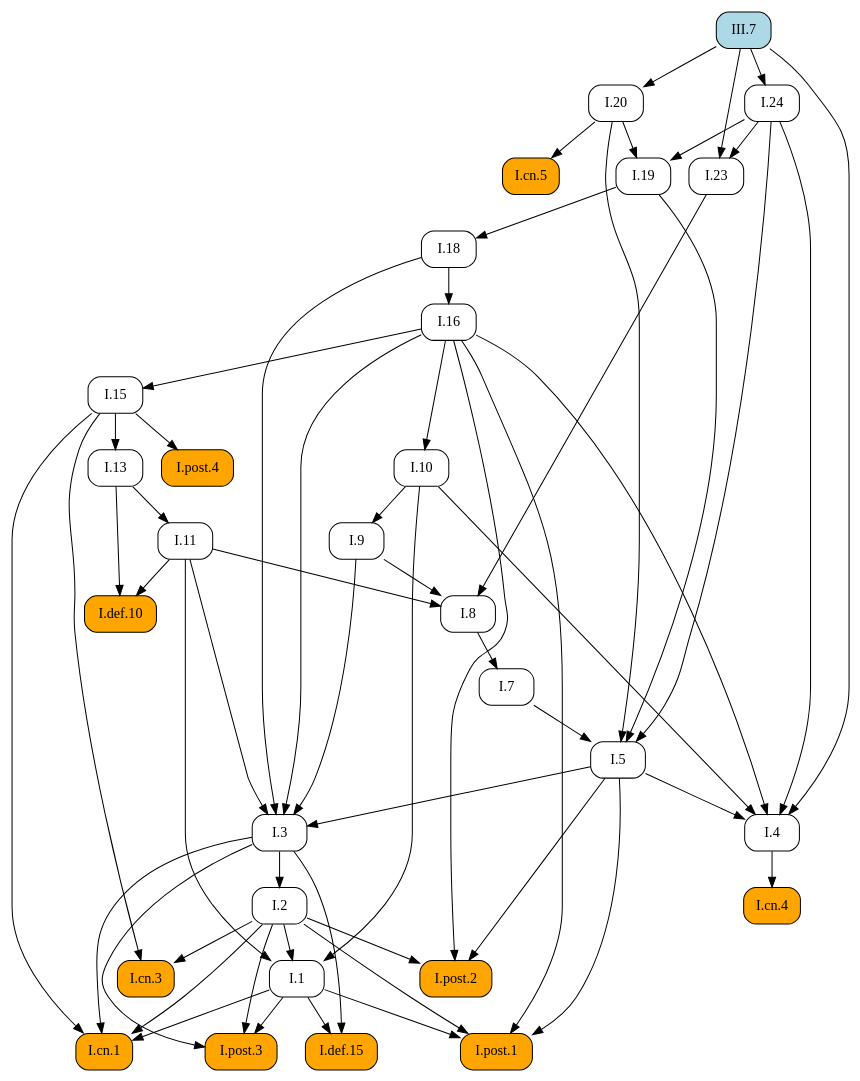
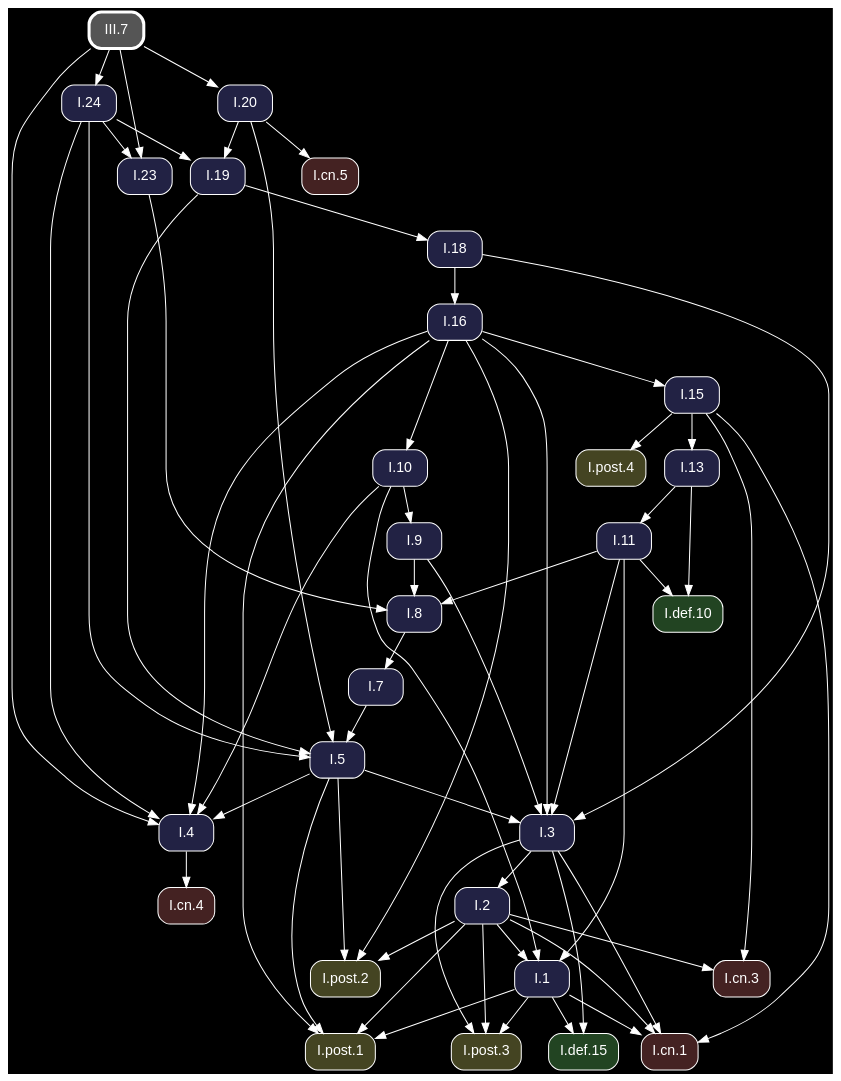
The diagram in docsrc/heath/III/7/index.rst (geometor/elements), drawn with Graphviz before and after one commit. The commit also changed other lines of this file and 1200 other files, not shown here.

Commit message:
update dependency graphs

```diff
--- a/docsrc/heath/III/7/index.rst
+++ b/docsrc/heath/III/7/index.rst
@@ -121,93 +121,95 @@
 .. graphviz::
 
    digraph {
+     bgcolor="black";
+     node [shape=box, style="rounded,filled", fontname="Helvetica", color="white", fontcolor="white"];
+     edge [color="white", fontcolor="white"];
      rankdir="TB";
-     node [shape=box, style=rounded];
-     "I.23" [URL="/heath/I/23/", target="_top"];
-     "I.9" [URL="/heath/I/9/", target="_top"];
-     "I.cn.1" [style="rounded,filled", fillcolor=orange, URL="/heath/I/cn.1/", target="_top"];
-     "I.7" [URL="/heath/I/7/", target="_top"];
-     "I.2" [URL="/heath/I/2/", target="_top"];
-     "I.def.15" [style="rounded,filled", fillcolor=orange, URL="/heath/I/def.15/", target="_top"];
-     "I.13" [URL="/heath/I/13/", target="_top"];
-     "I.post.4" [style="rounded,filled", fillcolor=orange, URL="/heath/I/post.4/", target="_top"];
-     "I.4" [URL="/heath/I/4/", target="_top"];
-     "I.1" [URL="/heath/I/1/", target="_top"];
-     "I.post.3" [style="rounded,filled", fillcolor=orange, URL="/heath/I/post.3/", target="_top"];
-     "I.post.1" [style="rounded,filled", fillcolor=orange, URL="/heath/I/post.1/", target="_top"];
-     "I.5" [URL="/heath/I/5/", target="_top"];
-     "I.19" [URL="/heath/I/19/", target="_top"];
-     "I.8" [URL="/heath/I/8/", target="_top"];
-     "III.7" [style="rounded,filled", fillcolor=lightblue, URL="/heath/III/7/", target="_top"];
-     "I.cn.3" [style="rounded,filled", fillcolor=orange, URL="/heath/I/cn.3/", target="_top"];
-     "I.16" [URL="/heath/I/16/", target="_top"];
-     "I.20" [URL="/heath/I/20/", target="_top"];
-     "I.def.10" [style="rounded,filled", fillcolor=orange, URL="/heath/I/def.10/", target="_top"];
-     "I.18" [URL="/heath/I/18/", target="_top"];
-     "I.15" [URL="/heath/I/15/", target="_top"];
-     "I.10" [URL="/heath/I/10/", target="_top"];
-     "I.11" [URL="/heath/I/11/", target="_top"];
-     "I.cn.4" [style="rounded,filled", fillcolor=orange, URL="/heath/I/cn.4/", target="_top"];
-     "I.post.2" [style="rounded,filled", fillcolor=orange, URL="/heath/I/post.2/", target="_top"];
-     "I.24" [URL="/heath/I/24/", target="_top"];
-     "I.cn.5" [style="rounded,filled", fillcolor=orange, URL="/heath/I/cn.5/", target="_top"];
-     "I.3" [URL="/heath/I/3/", target="_top"];
-     "I.24" -> "I.23";
-     "III.7" -> "I.23";
-     "I.10" -> "I.9";
+     "III.7" [penwidth=3, color="white", fillcolor="#555555", URL="/heath/III/7/", target="_top"];
+     "I.3" [fillcolor="#222244", URL="/heath/I/3/", target="_top"];
+     "I.post.1" [fillcolor="#444422", URL="/heath/I/post.1/", target="_top"];
+     "I.cn.1" [fillcolor="#442222", URL="/heath/I/cn.1/", target="_top"];
+     "I.19" [fillcolor="#222244", URL="/heath/I/19/", target="_top"];
+     "I.def.10" [fillcolor="#224422", URL="/heath/I/def.10/", target="_top"];
+     "I.15" [fillcolor="#222244", URL="/heath/I/15/", target="_top"];
+     "I.11" [fillcolor="#222244", URL="/heath/I/11/", target="_top"];
+     "I.16" [fillcolor="#222244", URL="/heath/I/16/", target="_top"];
+     "I.cn.5" [fillcolor="#442222", URL="/heath/I/cn.5/", target="_top"];
+     "I.13" [fillcolor="#222244", URL="/heath/I/13/", target="_top"];
+     "I.cn.3" [fillcolor="#442222", URL="/heath/I/cn.3/", target="_top"];
+     "I.2" [fillcolor="#222244", URL="/heath/I/2/", target="_top"];
+     "I.24" [fillcolor="#222244", URL="/heath/I/24/", target="_top"];
+     "I.post.2" [fillcolor="#444422", URL="/heath/I/post.2/", target="_top"];
+     "I.cn.4" [fillcolor="#442222", URL="/heath/I/cn.4/", target="_top"];
+     "I.9" [fillcolor="#222244", URL="/heath/I/9/", target="_top"];
+     "I.1" [fillcolor="#222244", URL="/heath/I/1/", target="_top"];
+     "I.post.4" [fillcolor="#444422", URL="/heath/I/post.4/", target="_top"];
+     "I.23" [fillcolor="#222244", URL="/heath/I/23/", target="_top"];
+     "I.8" [fillcolor="#222244", URL="/heath/I/8/", target="_top"];
+     "I.4" [fillcolor="#222244", URL="/heath/I/4/", target="_top"];
+     "I.post.3" [fillcolor="#444422", URL="/heath/I/post.3/", target="_top"];
+     "I.18" [fillcolor="#222244", URL="/heath/I/18/", target="_top"];
+     "I.7" [fillcolor="#222244", URL="/heath/I/7/", target="_top"];
+     "I.def.15" [fillcolor="#224422", URL="/heath/I/def.15/", target="_top"];
+     "I.5" [fillcolor="#222244", URL="/heath/I/5/", target="_top"];
+     "I.20" [fillcolor="#222244", URL="/heath/I/20/", target="_top"];
+     "I.10" [fillcolor="#222244", URL="/heath/I/10/", target="_top"];
+     "I.5" -> "I.3";
+     "I.9" -> "I.3";
+     "I.11" -> "I.3";
+     "I.16" -> "I.3";
+     "I.18" -> "I.3";
+     "I.1" -> "I.post.1";
+     "I.2" -> "I.post.1";
+     "I.5" -> "I.post.1";
+     "I.16" -> "I.post.1";
      "I.1" -> "I.cn.1";
      "I.2" -> "I.cn.1";
      "I.3" -> "I.cn.1";
      "I.15" -> "I.cn.1";
-     "I.8" -> "I.7";
+     "I.20" -> "I.19";
+     "I.24" -> "I.19";
+     "I.11" -> "I.def.10";
+     "I.13" -> "I.def.10";
+     "I.16" -> "I.15";
+     "I.13" -> "I.11";
+     "I.18" -> "I.16";
+     "I.20" -> "I.cn.5";
+     "I.15" -> "I.13";
+     "I.2" -> "I.cn.3";
+     "I.15" -> "I.cn.3";
      "I.3" -> "I.2";
-     "I.1" -> "I.def.15";
-     "I.3" -> "I.def.15";
-     "I.15" -> "I.13";
+     "III.7" -> "I.24";
+     "I.2" -> "I.post.2";
+     "I.5" -> "I.post.2";
+     "I.16" -> "I.post.2";
+     "I.4" -> "I.cn.4";
+     "I.10" -> "I.9";
+     "I.2" -> "I.1";
+     "I.10" -> "I.1";
+     "I.11" -> "I.1";
      "I.15" -> "I.post.4";
+     "I.24" -> "I.23";
+     "III.7" -> "I.23";
+     "I.9" -> "I.8";
+     "I.11" -> "I.8";
+     "I.23" -> "I.8";
      "I.5" -> "I.4";
      "I.10" -> "I.4";
      "I.16" -> "I.4";
      "I.24" -> "I.4";
      "III.7" -> "I.4";
-     "I.2" -> "I.1";
-     "I.10" -> "I.1";
-     "I.11" -> "I.1";
      "I.1" -> "I.post.3";
      "I.2" -> "I.post.3";
      "I.3" -> "I.post.3";
-     "I.1" -> "I.post.1";
-     "I.2" -> "I.post.1";
-     "I.5" -> "I.post.1";
-     "I.16" -> "I.post.1";
+     "I.19" -> "I.18";
+     "I.8" -> "I.7";
+     "I.1" -> "I.def.15";
+     "I.3" -> "I.def.15";
      "I.7" -> "I.5";
      "I.19" -> "I.5";
      "I.20" -> "I.5";
      "I.24" -> "I.5";
-     "I.20" -> "I.19";
-     "I.24" -> "I.19";
-     "I.9" -> "I.8";
-     "I.11" -> "I.8";
-     "I.23" -> "I.8";
-     "I.2" -> "I.cn.3";
-     "I.15" -> "I.cn.3";
-     "I.18" -> "I.16";
      "III.7" -> "I.20";
-     "I.11" -> "I.def.10";
-     "I.13" -> "I.def.10";
-     "I.19" -> "I.18";
-     "I.16" -> "I.15";
      "I.16" -> "I.10";
-     "I.13" -> "I.11";
-     "I.4" -> "I.cn.4";
-     "I.2" -> "I.post.2";
-     "I.5" -> "I.post.2";
-     "I.16" -> "I.post.2";
-     "III.7" -> "I.24";
-     "I.20" -> "I.cn.5";
-     "I.5" -> "I.3";
-     "I.9" -> "I.3";
-     "I.11" -> "I.3";
-     "I.16" -> "I.3";
-     "I.18" -> "I.3";
    }
```
